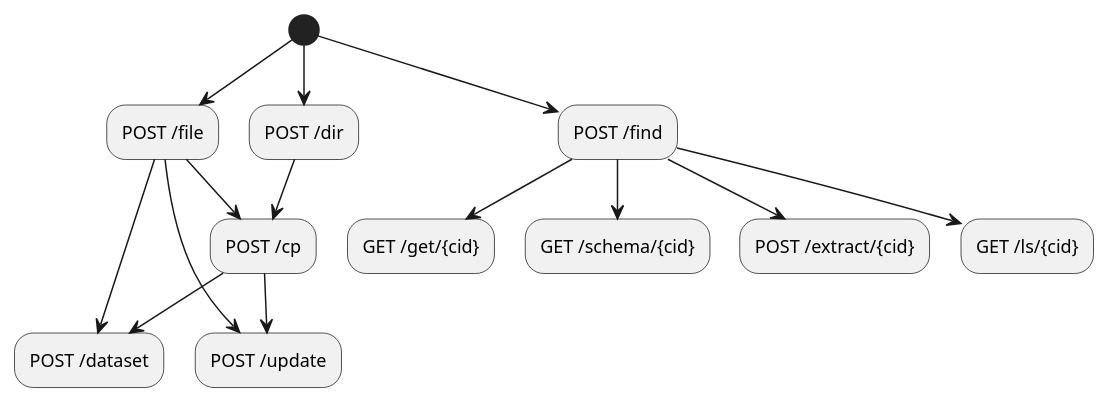
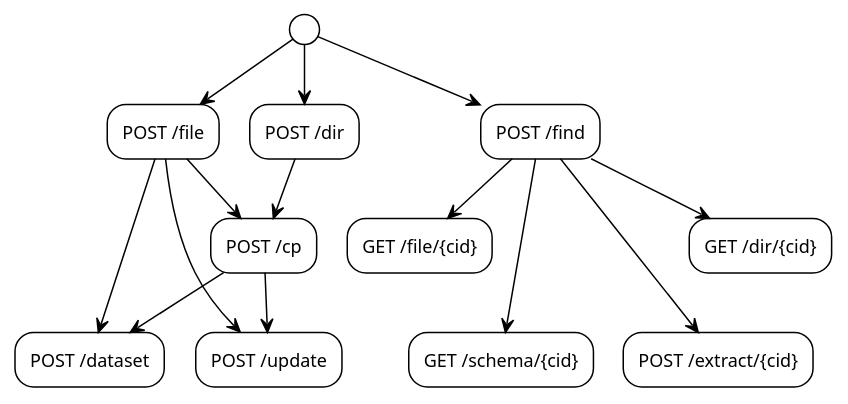
One commit to ComLaKe/core changed the diagram in thesis/figures/api.puml. Above: the diagram before and after it, drawn with PlantUML. The commit also changed 9 other files, not shown here.

```diff
--- a/thesis/figures/api.puml
+++ b/thesis/figures/api.puml
@@ -1,16 +1,17 @@
 @startuml
+!theme plain
 (*) --> "POST /file" as save
 (*) --> "POST /dir" as mkdir
 save --> "POST /cp" as cp
 mkdir --> cp
 cp --> "POST /dataset" as add
 save --> add
 cp --> "POST /update" as update
 save --> update
 
 (*) --> "POST /find" as find
-find --> "GET /ls/{cid}"
-find --> "GET /get/{cid}"
-find --> "GET /schema/{cid}"
-find --> "POST /extract/{cid}"
+find --> "GET /dir/{cid}"
+find --> "GET /file/{cid}"
+find ---> "GET /schema/{cid}"
+find ---> "POST /extract/{cid}"
 @enduml
```
